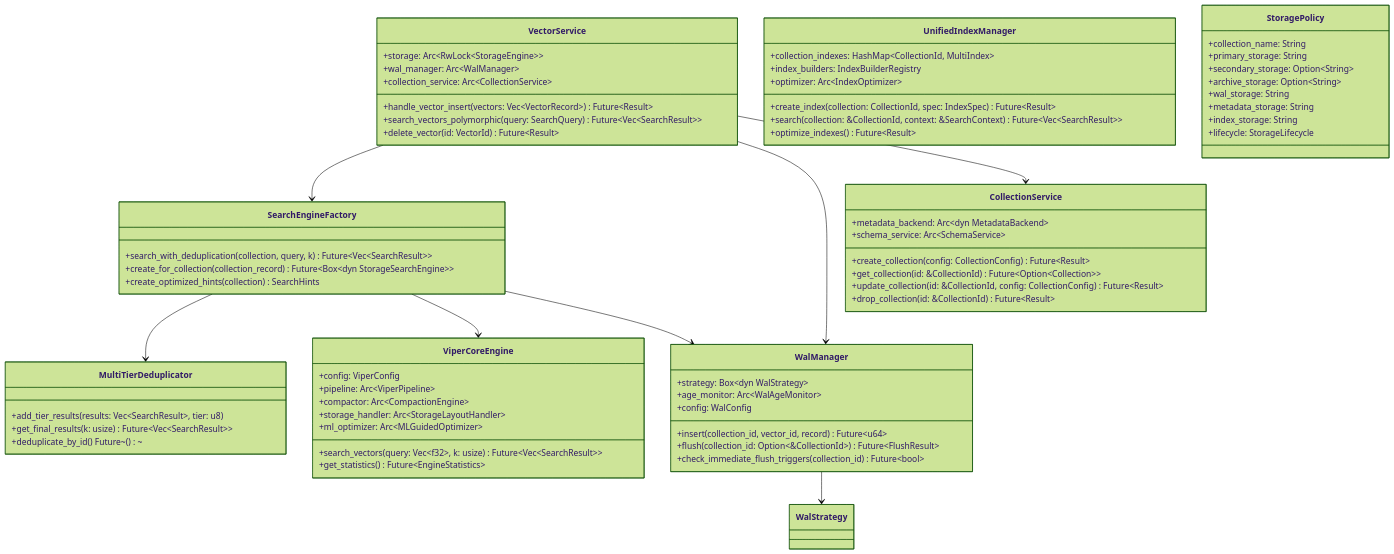
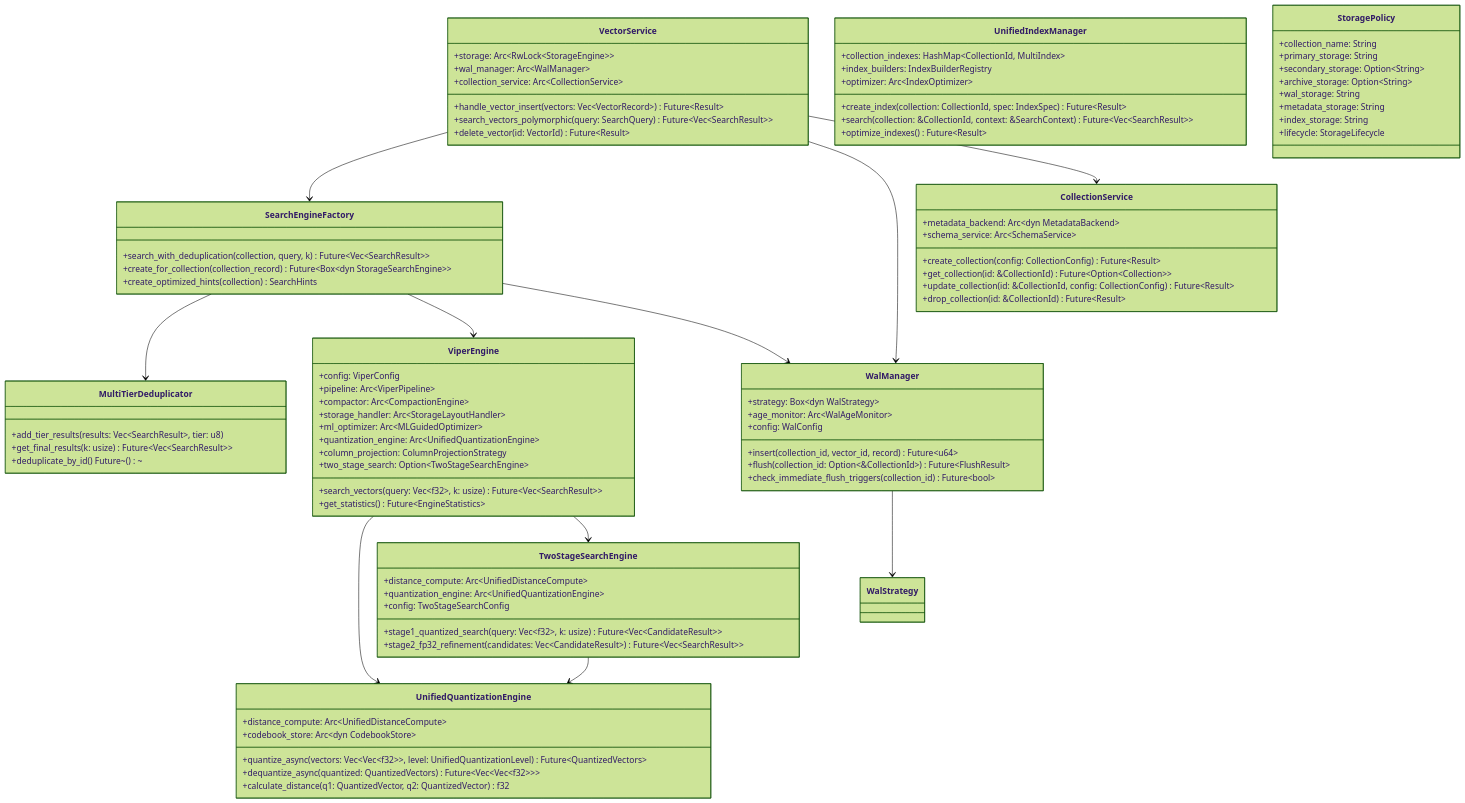
Before and after one commit to vjsingh1984/proximaDB: the diagram in docs/diagrams/unified-architecture-classes.mmd, drawn with Mermaid (forest theme). The commit also changed 382 other files, not shown here.

First line of the commit message:
docs: streamline documentation structure and fix all diagram references

```diff
--- a/docs/diagrams/unified-architecture-classes.mmd
+++ b/docs/diagrams/unified-architecture-classes.mmd
@@ -1,77 +1,99 @@
 classDiagram
     class VectorService {
         +storage: Arc~RwLock~StorageEngine~~
         +wal_manager: Arc~WalManager~
         +collection_service: Arc~CollectionService~
         +handle_vector_insert(vectors: Vec~VectorRecord~) Future~Result~
         +search_vectors_polymorphic(query: SearchQuery) Future~Vec~SearchResult~~
         +delete_vector(id: VectorId) Future~Result~
     }
 
     class SearchEngineFactory {
         +search_with_deduplication(collection, query, k) Future~Vec~SearchResult~~
         +create_for_collection(collection_record) Future~Box~dyn StorageSearchEngine~~
         +create_optimized_hints(collection) SearchHints
     }
 
     class MultiTierDeduplicator {
         +add_tier_results(results: Vec~SearchResult~, tier: u8)
         +get_final_results(k: usize) Future~Vec~SearchResult~~
         +deduplicate_by_id() Future~()~
     }
 
-    class ViperCoreEngine {
+    class ViperEngine {
         +config: ViperConfig
         +pipeline: Arc~ViperPipeline~
         +compactor: Arc~CompactionEngine~
         +storage_handler: Arc~StorageLayoutHandler~
         +ml_optimizer: Arc~MLGuidedOptimizer~
+        +quantization_engine: Arc~UnifiedQuantizationEngine~
+        +column_projection: ColumnProjectionStrategy
+        +two_stage_search: Option~TwoStageSearchEngine~
         +search_vectors(query: Vec~f32~, k: usize) Future~Vec~SearchResult~~
         +get_statistics() Future~EngineStatistics~
     }
 
     class UnifiedIndexManager {
         +collection_indexes: HashMap~CollectionId, MultiIndex~
         +index_builders: IndexBuilderRegistry
         +optimizer: Arc~IndexOptimizer~
         +create_index(collection: CollectionId, spec: IndexSpec) Future~Result~
         +search(collection: &CollectionId, context: &SearchContext) Future~Vec~SearchResult~~
         +optimize_indexes() Future~Result~
     }
 
     class StoragePolicy {
         +collection_name: String
         +primary_storage: String
         +secondary_storage: Option~String~
         +archive_storage: Option~String~
         +wal_storage: String
         +metadata_storage: String
         +index_storage: String
         +lifecycle: StorageLifecycle
     }
 
     class WalManager {
         +strategy: Box~dyn WalStrategy~
         +age_monitor: Arc~WalAgeMonitor~
         +config: WalConfig
         +insert(collection_id, vector_id, record) Future~u64~
         +flush(collection_id: Option~&CollectionId~) Future~FlushResult~
         +check_immediate_flush_triggers(collection_id) Future~bool~
     }
 
     class CollectionService {
         +metadata_backend: Arc~dyn MetadataBackend~
         +schema_service: Arc~SchemaService~
         +create_collection(config: CollectionConfig) Future~Result~
         +get_collection(id: &CollectionId) Future~Option~Collection~~
         +update_collection(id: &CollectionId, config: CollectionConfig) Future~Result~
         +drop_collection(id: &CollectionId) Future~Result~
     }
 
+    class UnifiedQuantizationEngine {
+        +distance_compute: Arc~UnifiedDistanceCompute~
+        +codebook_store: Arc~dyn CodebookStore~
+        +quantize_async(vectors: Vec~Vec~f32~~, level: UnifiedQuantizationLevel) Future~QuantizedVectors~
+        +dequantize_async(quantized: QuantizedVectors) Future~Vec~Vec~f32~~~
+        +calculate_distance(q1: QuantizedVector, q2: QuantizedVector) f32
+    }
+
+    class TwoStageSearchEngine {
+        +distance_compute: Arc~UnifiedDistanceCompute~
+        +quantization_engine: Arc~UnifiedQuantizationEngine~
+        +config: TwoStageSearchConfig
+        +stage1_quantized_search(query: Vec~f32~, k: usize) Future~Vec~CandidateResult~~
+        +stage2_fp32_refinement(candidates: Vec~CandidateResult~) Future~Vec~SearchResult~~
+    }
+
     VectorService --> SearchEngineFactory
     VectorService --> WalManager
     VectorService --> CollectionService
     SearchEngineFactory --> MultiTierDeduplicator
-    SearchEngineFactory --> ViperCoreEngine
+    SearchEngineFactory --> ViperEngine
     SearchEngineFactory --> WalManager
+    ViperEngine --> UnifiedQuantizationEngine
+    ViperEngine --> TwoStageSearchEngine
+    TwoStageSearchEngine --> UnifiedQuantizationEngine
     WalManager --> WalStrategy
```
